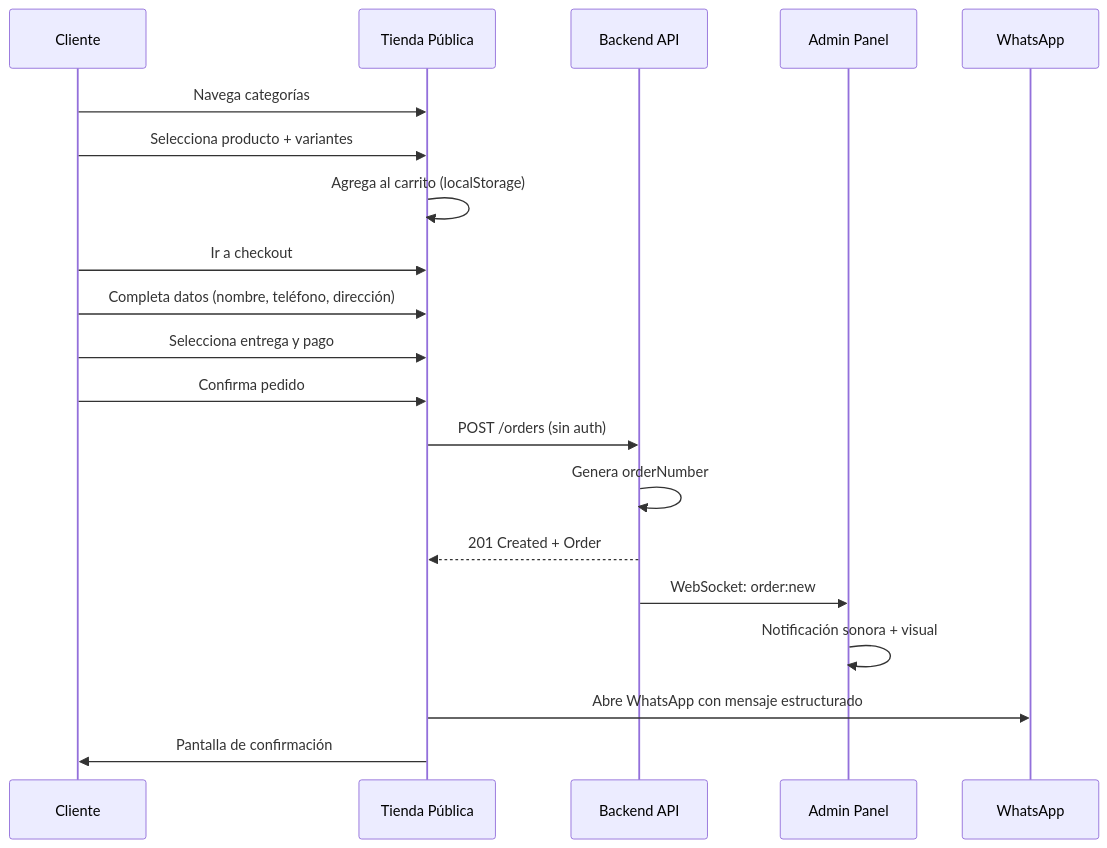
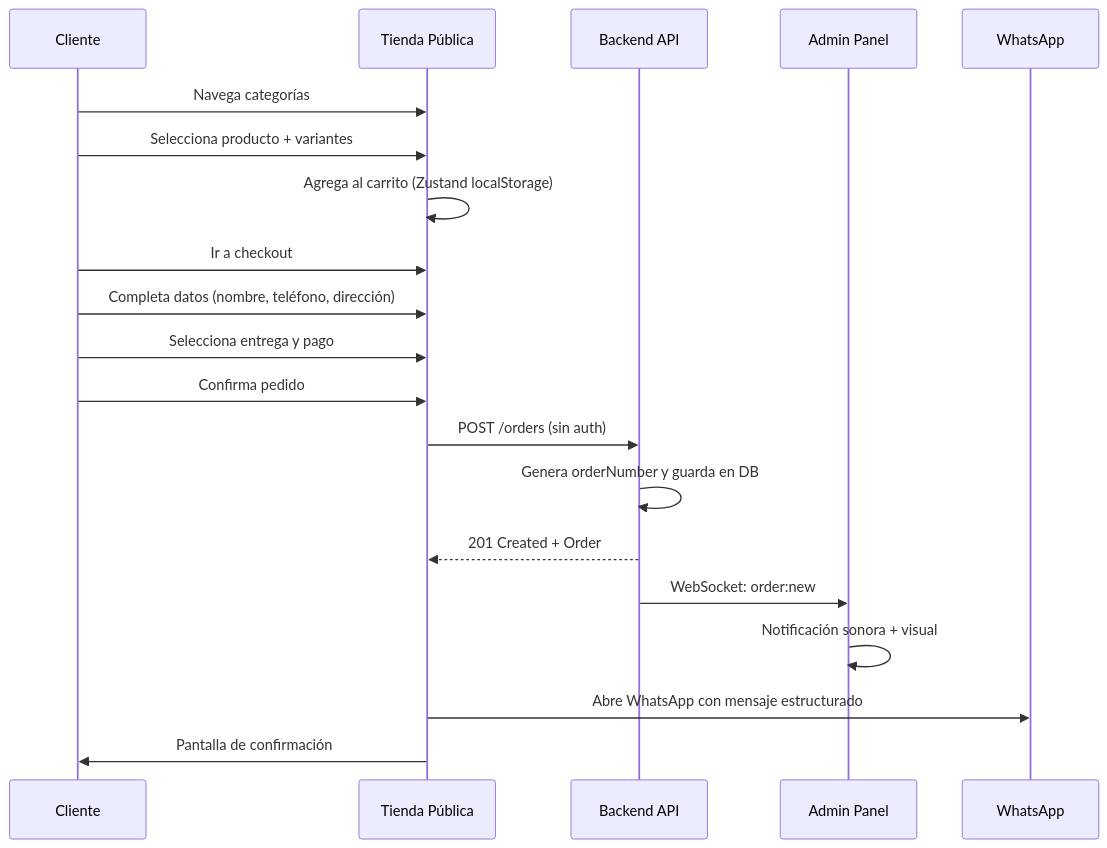
Before and after one commit to fernandomurguiadev/picky-app: the second of 4 diagrams in openspec/specs/project.md, drawn with Mermaid. The commit also changed other lines of this file and 28 other files, not shown here.

````diff
--- a/openspec/specs/project.md
+++ b/openspec/specs/project.md
@@ -165,23 +164,23 @@
 ```mermaid
 sequenceDiagram
     participant C as Cliente
     participant T as Tienda Pública
     participant API as Backend API
     participant A as Admin Panel
     participant WA as WhatsApp
 
     C->>T: Navega categorías
     C->>T: Selecciona producto + variantes
-    T->>T: Agrega al carrito (localStorage)
+    T->>T: Agrega al carrito (Zustand localStorage)
     C->>T: Ir a checkout
     C->>T: Completa datos (nombre, teléfono, dirección)
     C->>T: Selecciona entrega y pago
     C->>T: Confirma pedido
     T->>API: POST /orders (sin auth)
-    API->>API: Genera orderNumber
+    API->>API: Genera orderNumber y guarda en DB
     API-->>T: 201 Created + Order
     API->>A: WebSocket: order:new
     A->>A: Notificación sonora + visual
     T->>WA: Abre WhatsApp con mensaje estructurado
     T->>C: Pantalla de confirmación
 ```
````
